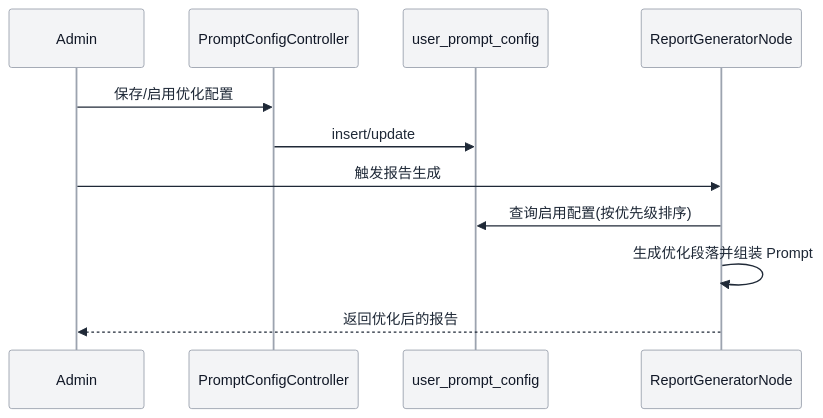
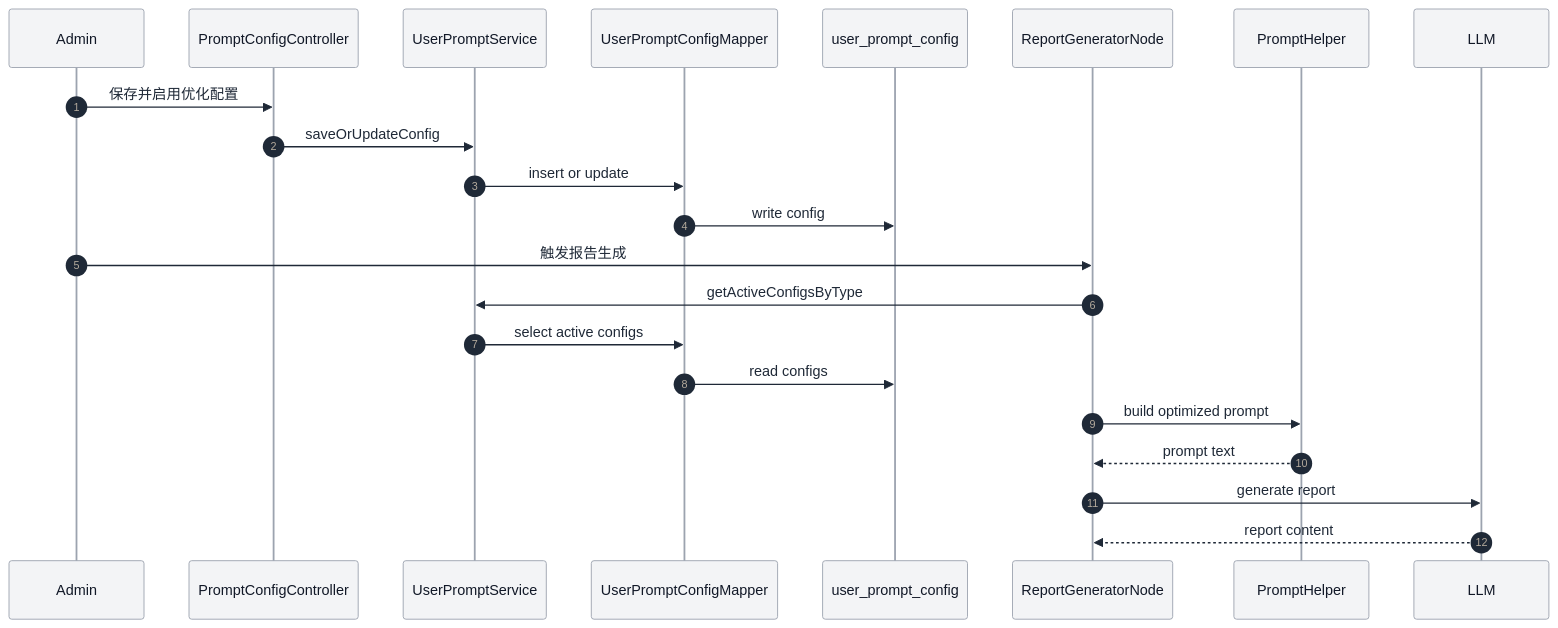
One commit to spring-ai-alibaba/DataAgent changed the sixth of 18 diagrams in README.md. Above: the diagram before and after it, drawn with Mermaid. The commit also changed other lines of this file, not shown here.

Commit message:
refactor: enhance README with updated architecture diagrams, improved class definitions, and refined workflow processes for clarity

````diff
--- a/README.md
+++ b/README.md
@@ -217,15 +298,26 @@
 ```mermaid
 %%{init: {"theme": "base", "themeVariables": {"primaryColor": "#E3F2FD", "primaryBorderColor": "#1E88E5", "primaryTextColor": "#1F2937", "lineColor": "#4B5563", "secondaryColor": "#E8F5E9", "tertiaryColor": "#FFF1D6", "actorBkg": "#F3F4F6", "actorBorder": "#9CA3AF", "actorTextColor": "#111827", "noteBkgColor": "#FFF8E1", "noteTextColor": "#1F2937"}}}%%
 sequenceDiagram
+  autonumber
   participant A as Admin
   participant API as PromptConfigController
+  participant Svc as UserPromptService
+  participant Mapper as UserPromptConfigMapper
   participant DB as user_prompt_config
   participant R as ReportGeneratorNode
+  participant H as PromptHelper
+  participant L as LLM
 
-  A->>API: 保存/启用优化配置
-  API->>DB: insert/update
+  A->>API: 保存并启用优化配置
+  API->>Svc: saveOrUpdateConfig
+  Svc->>Mapper: insert or update
+  Mapper->>DB: write config
   A->>R: 触发报告生成
-  R->>DB: 查询启用配置(按优先级排序)
-  R->>R: 生成优化段落并组装 Prompt
-  R-->>A: 返回优化后的报告
+  R->>Svc: getActiveConfigsByType
+  Svc->>Mapper: select active configs
+  Mapper->>DB: read configs
+  R->>H: build optimized prompt
+  H-->>R: prompt text
+  R->>L: generate report
+  L-->>R: report content
 ```
````
